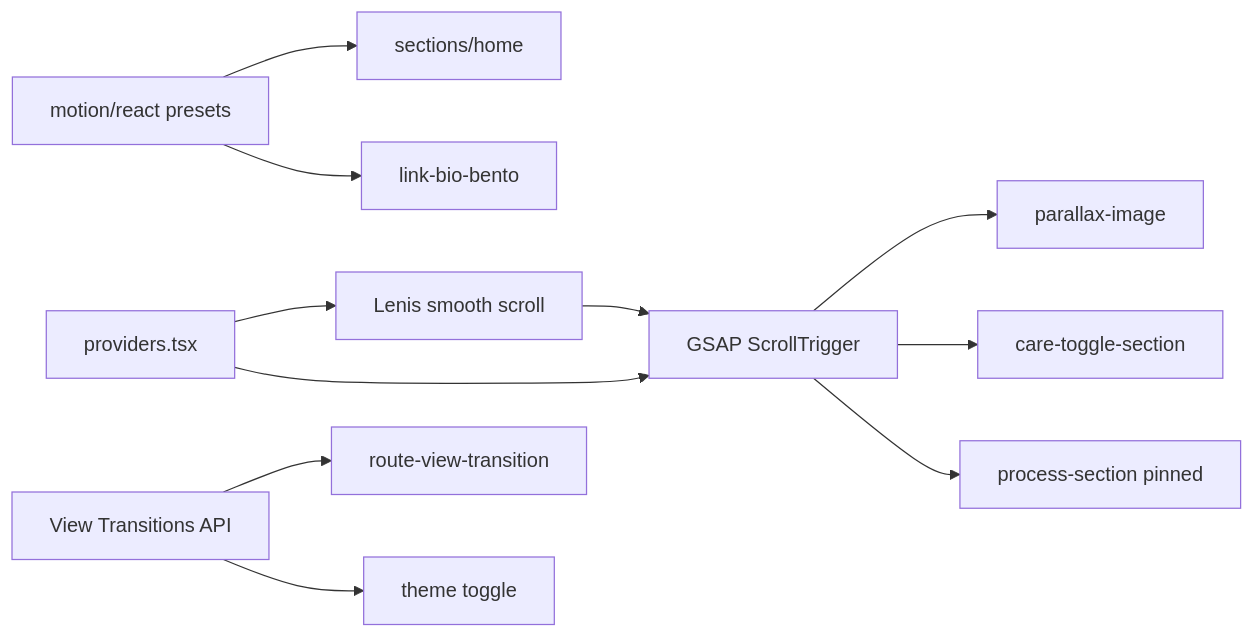
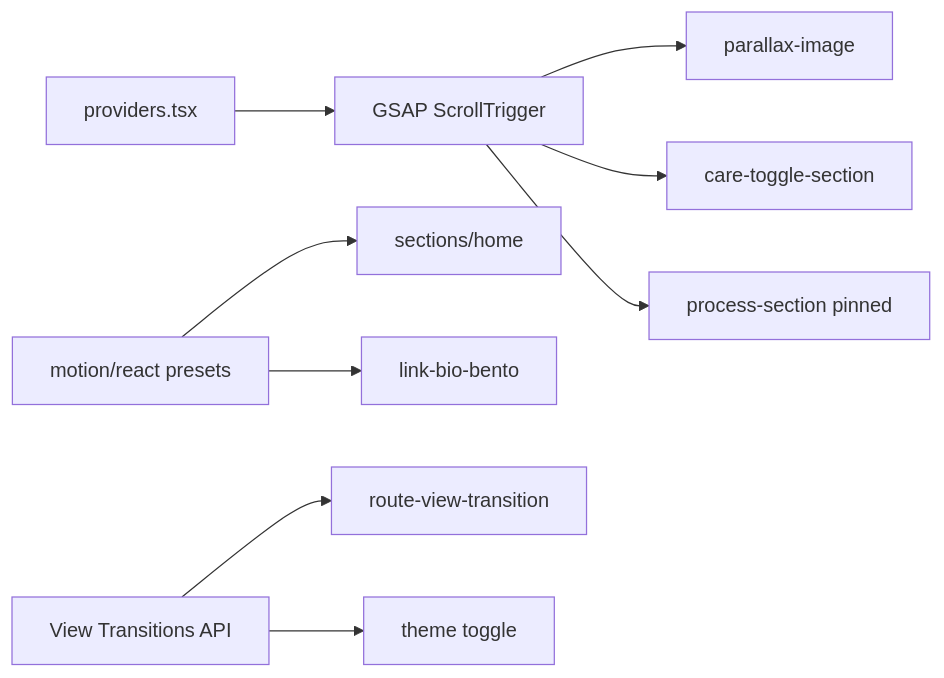
The diagram in ARCHITECTURE.md (IASR19/Grape-LP), drawn with Mermaid before and after one commit. The commit also changed other lines of this file and 38 other files, not shown here.

Commit message:
refactor: remove Lenis smooth scroll integration, update architecture documentation, and optimize image handling with native scroll and GSAP ScrollTrigger

````diff
--- a/ARCHITECTURE.md
+++ b/ARCHITECTURE.md
@@ -50,19 +49,16 @@
 ```mermaid
 flowchart LR
   Providers[providers.tsx]
-  Lenis[Lenis smooth scroll]
   GSAP[GSAP ScrollTrigger]
   Framer[motion/react presets]
   VT[View Transitions API]
 
-  Providers --> Lenis
   Providers --> GSAP
-  Lenis --> GSAP
   Framer --> HomeSections[sections/home]
   Framer --> Hub[link-bio-bento]
   GSAP --> Parallax[parallax-image]
   GSAP --> CareToggle[care-toggle-section]
   GSAP --> Process[process-section pinned]
   VT --> RouteVT[route-view-transition]
   VT --> ThemeToggle[theme toggle]
 ```
````
